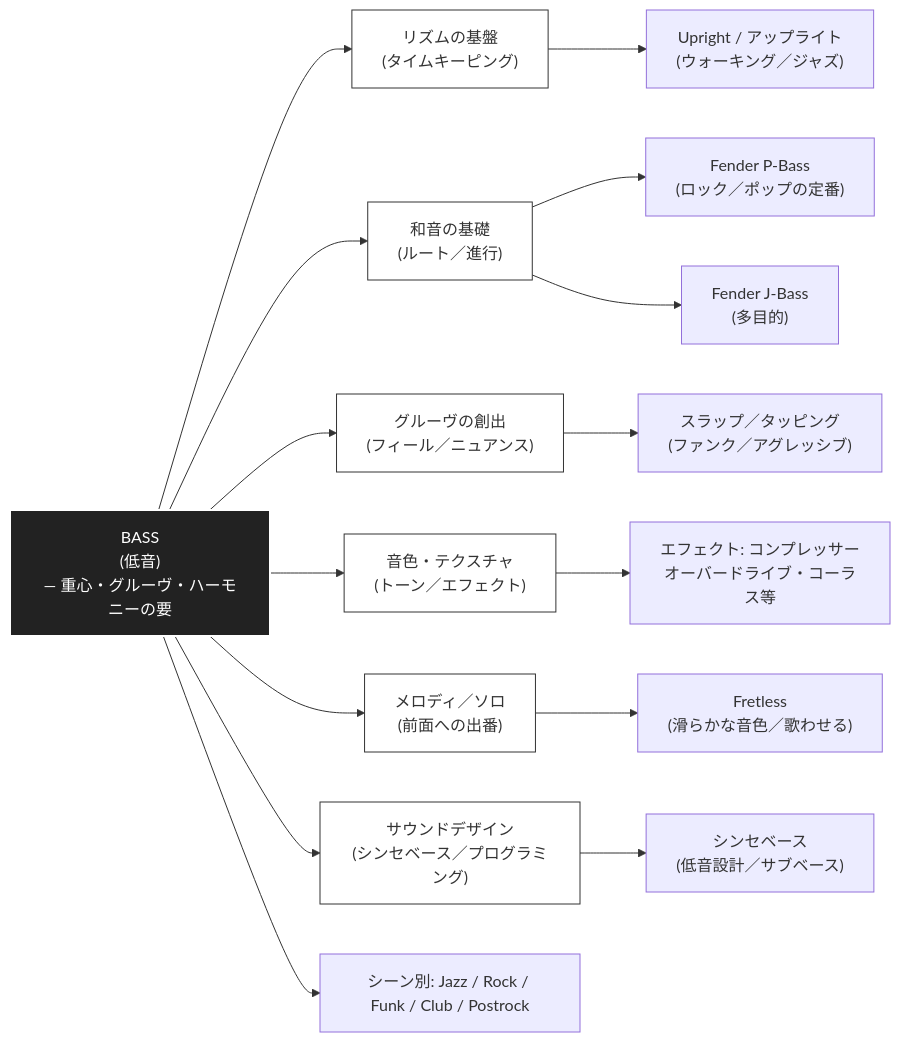
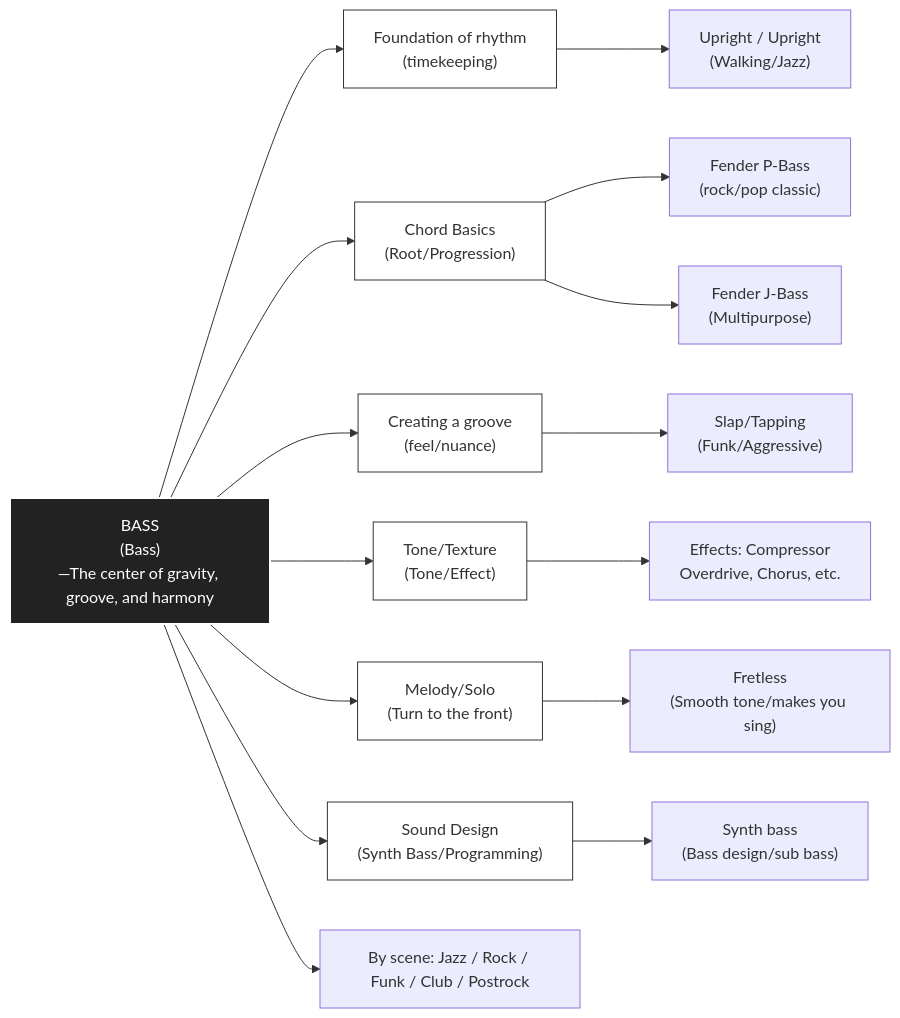
One commit to monumental-movement/monumental-movement.github.io changed the second of 2 diagrams in en/_posts/2025-10-18-column-bassists.md. Above: the diagram before and after it, drawn with Mermaid. The commit also changed 152 other files, not shown here.

```diff
--- a/en/_posts/2025-10-18-column-bassists.md
+++ b/en/_posts/2025-10-18-column-bassists.md
@@ -255,58 +255,58 @@
 <div class="mermaid">
 
 flowchart LR
 %% Center: Bass
-Bass["BASS\n(低音)\n— 重心・グルーヴ・ハーモニーの要"]
+Bass["BASS\n(Bass)\n—The center of gravity, groove, and harmony"]
 
 
 %% Primary roles
-Rhythm["リズムの基盤\n(タイムキーピング)"]
-Harmony["和音の基礎\n(ルート／進行)"]
-Groove["グルーヴの創出\n(フィール／ニュアンス)"]
-Texture["音色・テクスチャ\n(トーン／エフェクト)"]
-Lead["メロディ／ソロ\n(前面への出番)"]
-Design["サウンドデザイン\n(シンセベース／プログラミング)"]
+Rhythm["Foundation of rhythm\n(timekeeping)"]
+Harmony["Chord Basics\n(Root/Progression)"]
+Groove["Creating a groove\n(feel/nuance)"]
+Texture["Tone/Texture\n(Tone/Effect)"]
+Lead["Melody/Solo\n(Turn to the front)"]
+Design["Sound Design\n(Synth Bass/Programming)"]
 
 
-%% Techniques / Instruments
-Upright["Upright / アップライト\n(ウォーキング／ジャズ)"]
-P_Bass["Fender P-Bass\n(ロック／ポップの定番)"]
-J_Bass["Fender J-Bass\n(多目的) "]
-Fretless["Fretless\n(滑らかな音色／歌わせる) "]
-Synth["シンセベース\n(低音設計／サブベース) "]
-Slap["スラップ／タッピング\n(ファンク／アグレッシブ) "]
-Effects["エフェクト: コンプレッサー\nオーバードライブ・コーラス等"]
+%% Techniques/Instruments
+Upright["Upright / Upright\n(Walking/Jazz)"]
+P_Bass["Fender P-Bass\n(rock/pop classic)"]
+J_Bass["Fender J-Bass\n(Multipurpose)"]
+Fretless["Fretless\n(Smooth tone/makes you sing)"]
+Synth["Synth bass\n(Bass design/sub bass)"]
+Slap["Slap/Tapping\n(Funk/Aggressive)"]
+Effects["Effects: Compressor\nOverdrive, Chorus, etc."]
 
 
 %% Connections
 Bass --> Rhythm
 Bass --> Harmony
 Bass --> Groove
 Bass --> Texture
 Bass --> Lead
 Bass --> Design
 
 
 Groove --> Slap
 Texture --> Effects
 Design --> Synth
 Rhythm --> Upright
 Harmony --> P_Bass
 Harmony --> J_Bass
 Lead --> Fretless
 
 
 %% Context labels
-Scene1["シーン別: Jazz / Rock / Funk / Club / Postrock"]
+Scene1["By scene: Jazz / Rock / Funk / Club / Postrock"]
 Bass --> Scene1
 
 
 style Bass fill:#222,stroke:#fff,color:#fff,stroke-width:2px
 style Rhythm fill:#fff,stroke:#333
 style Harmony fill:#fff,stroke:#333
 style Groove fill:#fff,stroke:#333
 style Texture fill:#fff,stroke:#333
 style Lead fill:#fff,stroke:#333
 style Design fill:#fff,stroke:#333
 
 </div>
```
